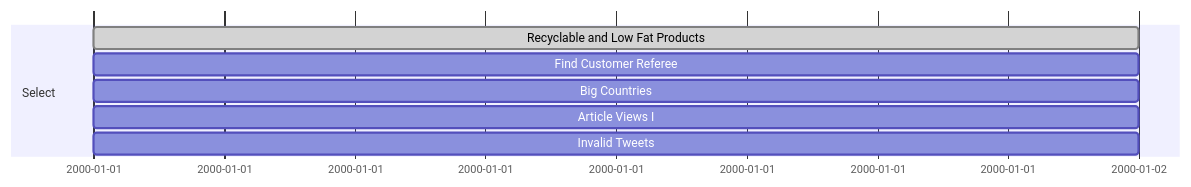
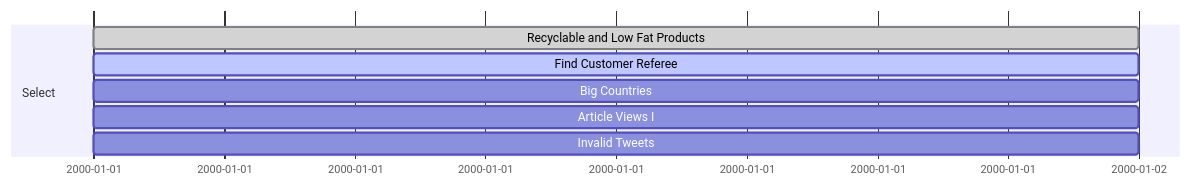
Before and after one commit to kizzandev/LeetCode: the third of 3 diagrams in README.md, drawn with Mermaid.

Commit message:
forgot a comma after setting the active problem in the SQL50 Gantt

````diff
--- a/README.md
+++ b/README.md
@@ -62,9 +62,9 @@
 ```mermaid
 gantt
     section Select
     Recyclable and Low Fat Products: done,   a0, 2000-01-01, 1d
-    Find Customer Referee          : active  a , 2000-01-01, 1d
+    Find Customer Referee          : active, a , 2000-01-01, 1d
     Big Countries                  :         a , 2000-01-01, 1d
     Article Views I                :         a , 2000-01-01, 1d
     Invalid Tweets                 :         a , 2000-01-01, 1d
 ```
````
